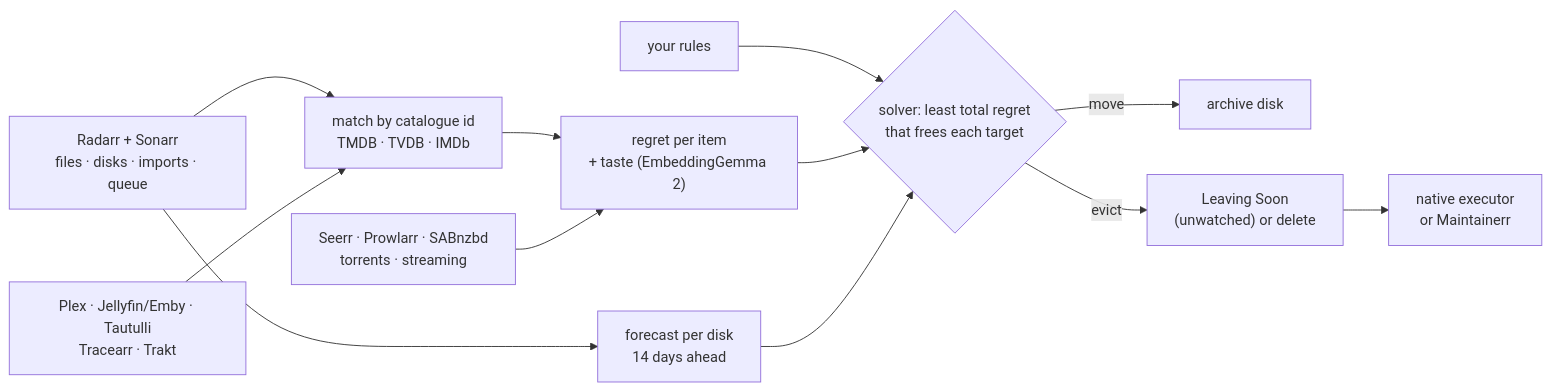
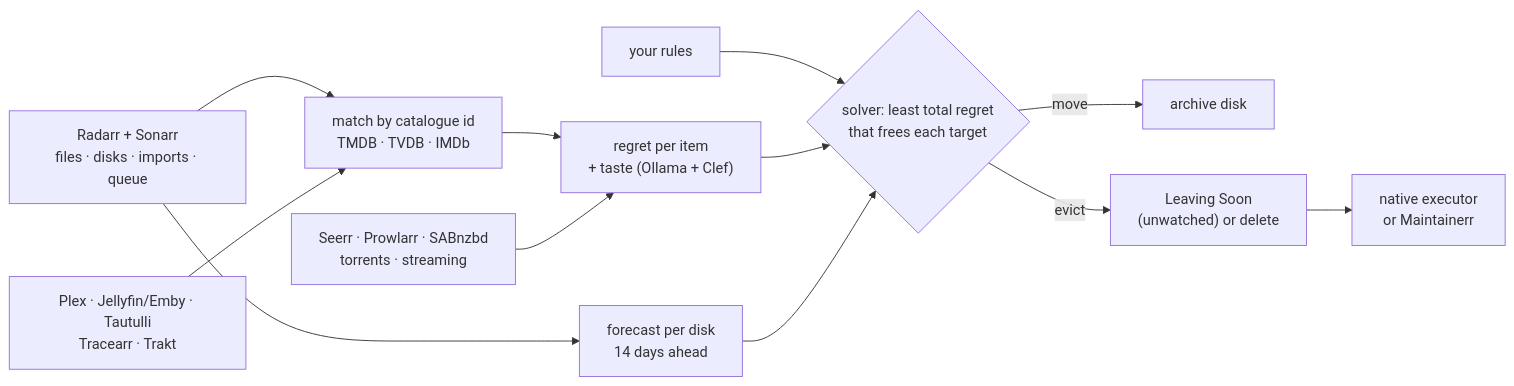
Before and after one commit to tobhoster/flinch: the diagram in README.md, drawn with Mermaid. The commit also changed other lines of this file and 9 other files, not shown here.

First line of the commit message:
Settings, status and docs for Ollama vectors and the Clef taste judge

````diff
--- a/README.md
+++ b/README.md
@@ -139,14 +140,14 @@
 ```mermaid
 flowchart LR
     ARR["Radarr + Sonarr<br/>files · disks · imports · queue"] --> ID["match by catalogue id<br/>TMDB · TVDB · IMDb"]
     PX["Plex · Jellyfin/Emby · Tautulli<br/>Tracearr · Trakt"] --> ID
-    ID --> R["regret per item<br/>+ taste (EmbeddingGemma 2)"]
+    ID --> R["regret per item<br/>+ taste (Ollama + Clef)"]
     EXT["Seerr · Prowlarr · SABnzbd<br/>torrents · streaming"] --> R
     ARR --> FC["forecast per disk<br/>14 days ahead"]
     RU["your rules"] --> S
     R --> S{"solver: least total regret<br/>that frees each target"}
     FC --> S
     S -- "move" --> AR["archive disk"]
     S -- "evict" --> LS["Leaving Soon<br/>(unwatched) or delete"]
     LS --> M["native executor<br/>or Maintainerr"]
 ```
````
